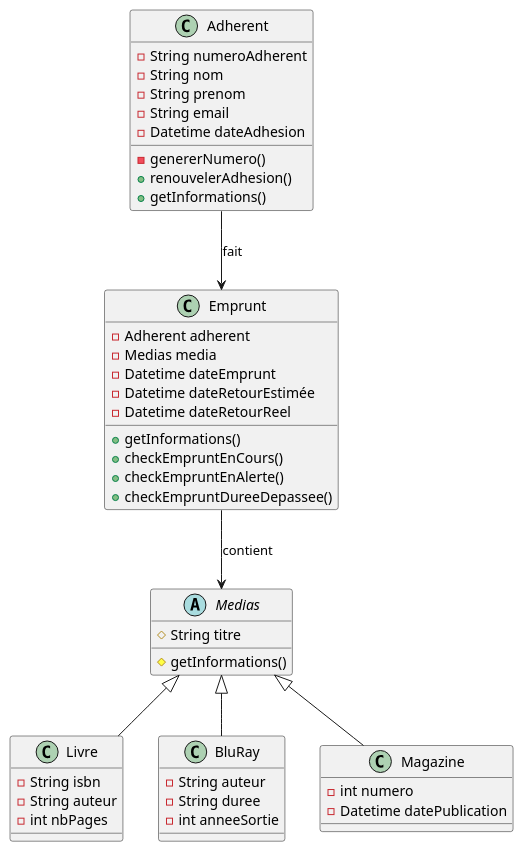
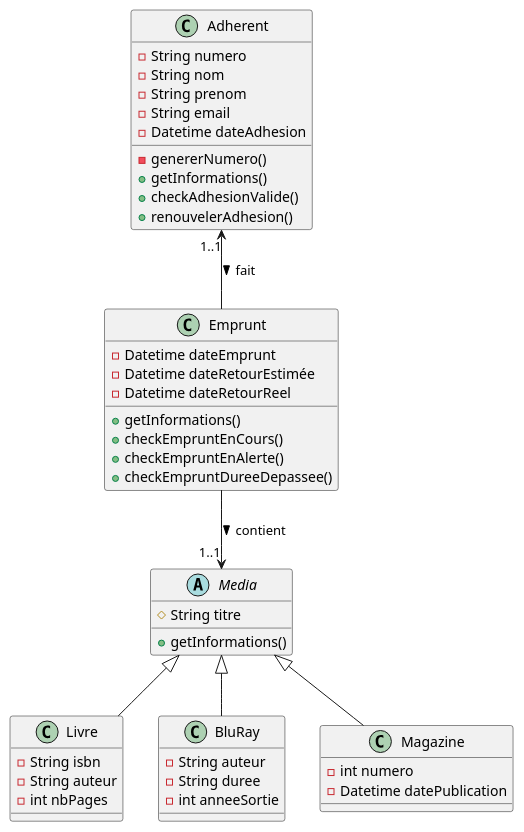
One commit to Nekute/php_bibliotheque changed the diagram in documentation/bibliotheque.puml. Above: the diagram before and after it, drawn with PlantUML. The commit also changed 3 other files, not shown here.

```diff
--- a/documentation/bibliotheque.puml
+++ b/documentation/bibliotheque.puml
@@ -1,50 +1,49 @@
 @startuml
-abstract class Medias{
+abstract class Media{
     #String titre
-    #getInformations()
+    +getInformations()
 }
 class Livre {
     -String isbn
     -String auteur
     -int nbPages
 }
 class BluRay{
     -String auteur
     -String duree
     -int anneeSortie
 }
 class Magazine{
     -int numero
     -Datetime datePublication
 }
 
 class Adherent{
-    -String numeroAdherent
+    -String numero
     -String nom
     -String prenom
     -String email
     -Datetime dateAdhesion
     -genererNumero()
+    +getInformations()
+    +checkAdhesionValide()
     +renouvelerAdhesion()
-    +getInformations()
 }
 class Emprunt{
-    -Adherent adherent
-    -Medias media
     -Datetime dateEmprunt
     -Datetime dateRetourEstimée
     -Datetime dateRetourReel
     +getInformations()
     +checkEmpruntEnCours()
     +checkEmpruntEnAlerte()
     +checkEmpruntDureeDepassee()
 
 }
-Medias <|-- Livre
-Medias <|-- BluRay
-Medias <|-- Magazine
+Media <|-- Livre
+Media <|-- BluRay
+Media <|-- Magazine
 
-Adherent-->Emprunt : fait
-Emprunt --> Medias : contient
+Adherent "1..1" <-- Emprunt : fait >
+Emprunt --> "1..1" Media : contient >
 
 @enduml
```
